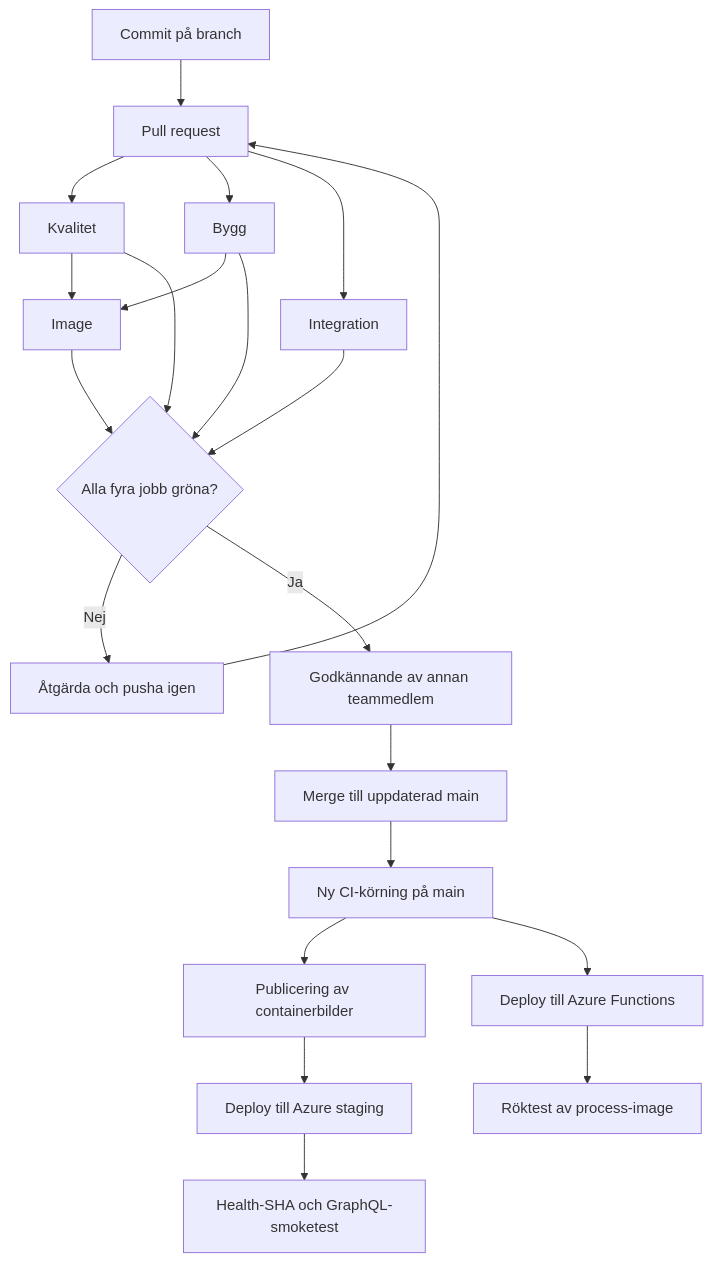
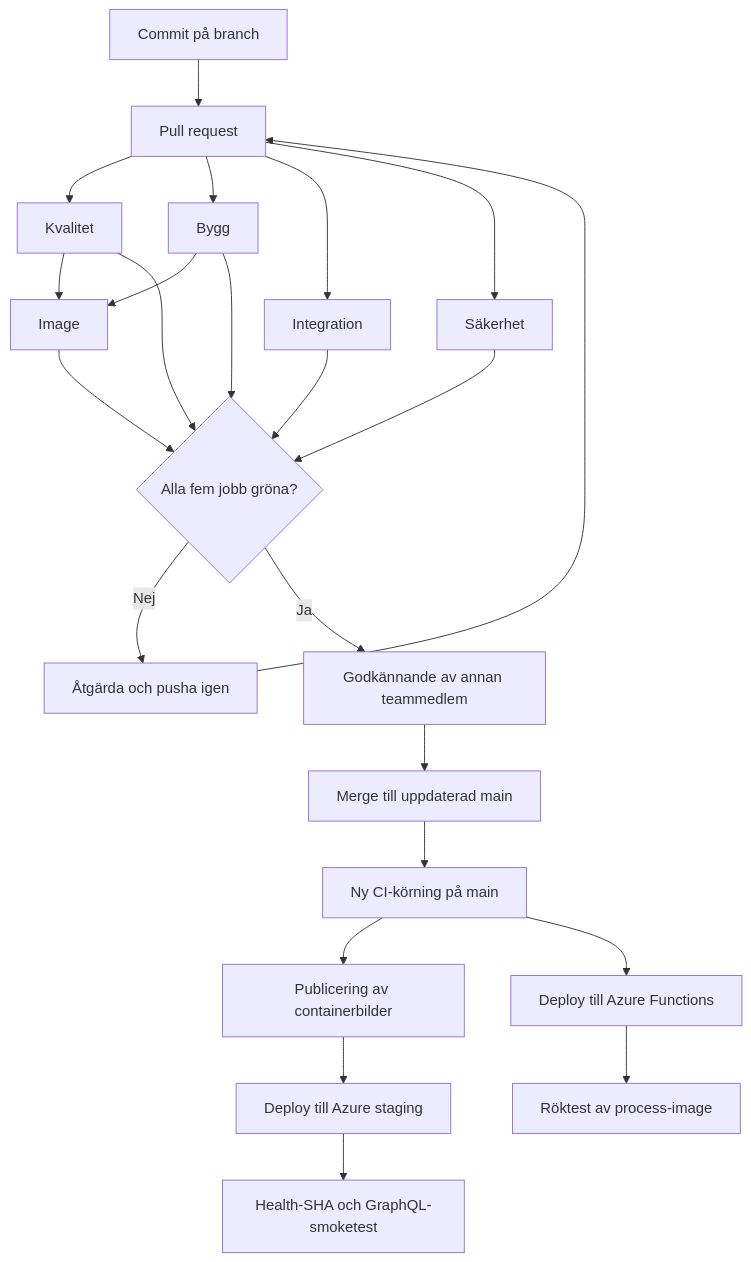
One commit to Thebeatkicks/DevVuers changed the diagram in docs/pipeline.md. Above: the diagram before and after it, drawn with Mermaid. The commit also changed other lines of this file and 2 other files, not shown here.

````diff
--- a/docs/pipeline.md
+++ b/docs/pipeline.md
@@ -8,27 +8,29 @@
 ```mermaid
 flowchart TD
   C[Commit på branch] --> PR[Pull request]
   PR --> Q[Kvalitet]
   PR --> B[Bygg]
   PR --> I[Integration]
+  PR --> SEC[Säkerhet]
 
   Q --> IMG[Image]
   B --> IMG
 
-  Q --> CHECK{Alla fyra jobb gröna?}
+  Q --> CHECK{Alla fem jobb gröna?}
   B --> CHECK
   I --> CHECK
+  SEC --> CHECK
   IMG --> CHECK
 
   CHECK -->|Nej| FIX[Åtgärda och pusha igen]
   FIX --> PR
 
   CHECK -->|Ja| REVIEW[Godkännande av annan teammedlem]
   REVIEW --> MERGE[Merge till uppdaterad main]
   MERGE --> MAIN[Ny CI-körning på main]
   MAIN --> GHCR[Publicering av containerbilder]
   GHCR --> DEPLOY[Deploy till Azure staging]
   DEPLOY --> VERIFY[Health-SHA och GraphQL-smoketest]
   MAIN --> DEPLOY_FN[Deploy till Azure Functions]
   DEPLOY_FN --> VERIFY_FN[Röktest av process-image]
 ```
````
